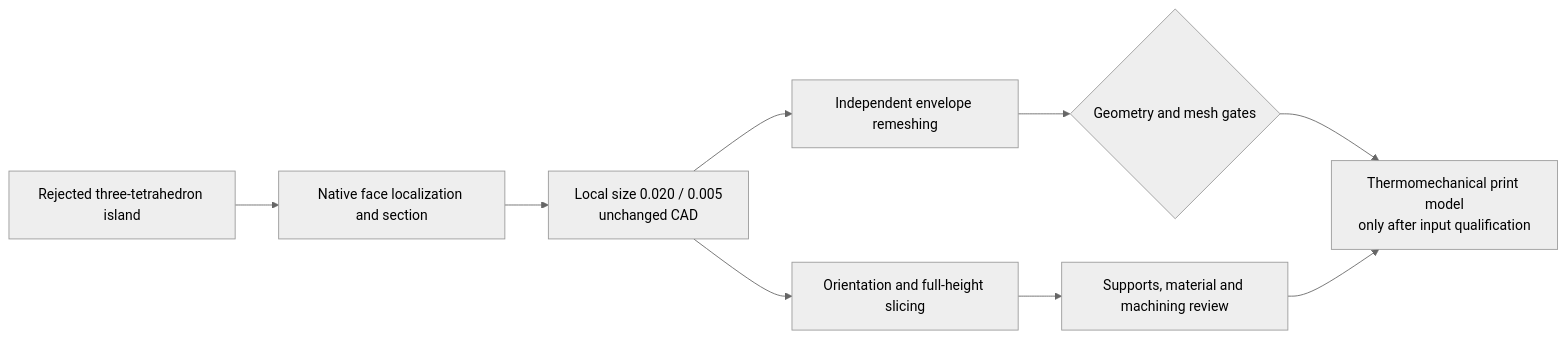
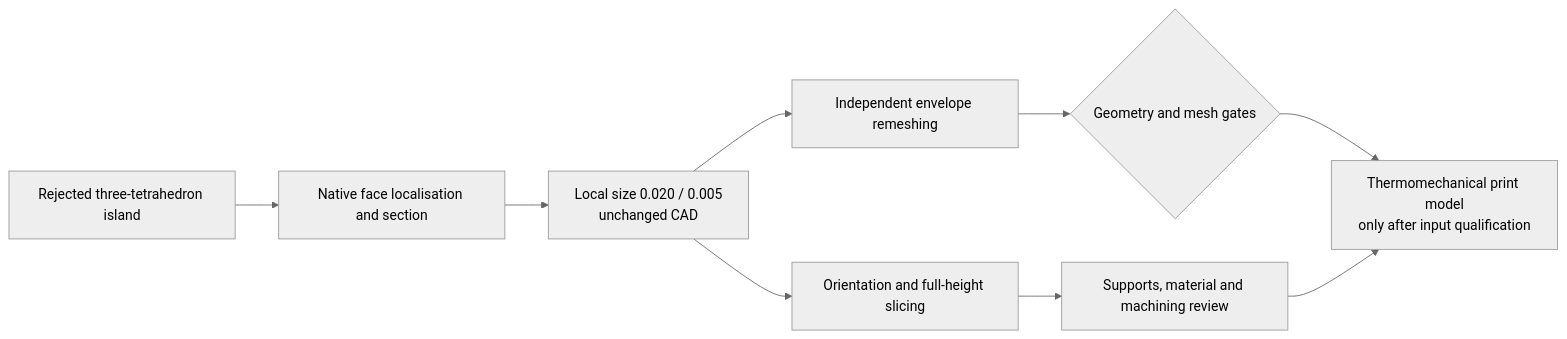
One commit to cluster2600/porscheparts changed the diagram in docs/reports/M64_JUNCTION_AM_SCREEN_20260928.md. Above: the diagram before and after it, drawn with Mermaid (neutral theme). The commit also changed other lines of this file and 480 other files, not shown here.

````diff
--- a/docs/reports/M64_JUNCTION_AM_SCREEN_20260928.md
+++ b/docs/reports/M64_JUNCTION_AM_SCREEN_20260928.md
@@ -20,11 +20,11 @@
 ```mermaid
 flowchart LR
-    A["Rejected three-tetrahedron island"] --> B["Native face localization and section"]
+    A["Rejected three-tetrahedron island"] --> B["Native face localisation and section"]
     B --> C["Local size 0.020 / 0.005<br/>unchanged CAD"]
     C --> D["Independent envelope remeshing"]
     C --> E["Orientation and full-height slicing"]
     D --> F{"Geometry and mesh gates"}
     E --> G["Supports, material and machining review"]
     F --> H["Thermomechanical print model<br/>only after input qualification"]
     G --> H
 ```
````
